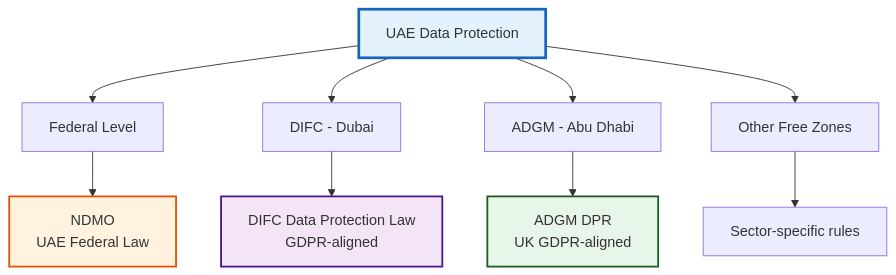
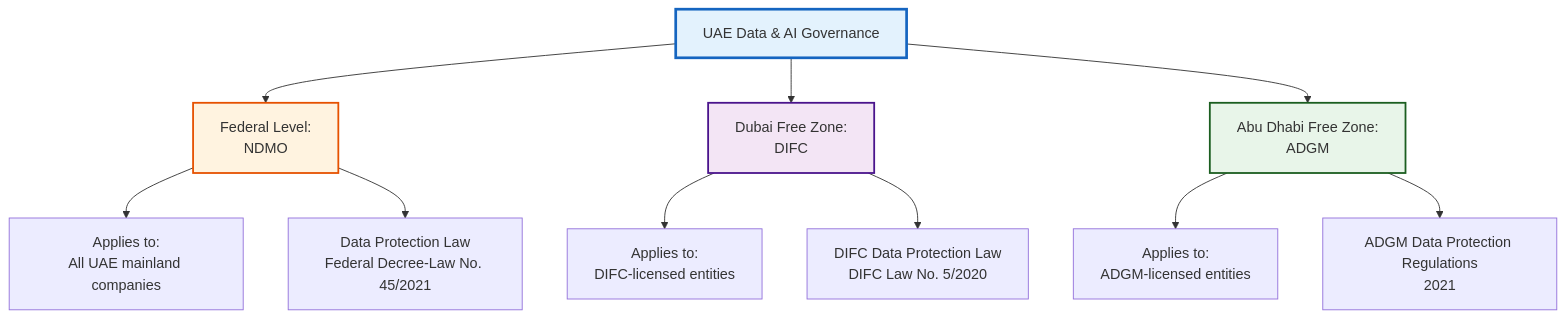
Before and after one commit to ArjunFrancis/ComplyGuard-AI: the diagram in docs/uae-regulatory-framework.md, drawn with Mermaid. The commit also changed other lines of this file, not shown here.

Commit message:
docs: Add UAE regulatory framework for regional compliance coverage

````diff
--- a/docs/uae-regulatory-framework.md
+++ b/docs/uae-regulatory-framework.md
@@ -32,17 +32,19 @@
 ```mermaid
 graph TB
-    A[UAE Data Protection] --> B[Federal Level]
-    A --> C[DIFC - Dubai]
-    A --> D[ADGM - Abu Dhabi]
-    A --> E[Other Free Zones]
+    A[UAE Data & AI Governance] --> B[Federal Level:<br/>NDMO]
+    A --> C[Dubai Free Zone:<br/>DIFC]
+    A --> D[Abu Dhabi Free Zone:<br/>ADGM]
     
-    B --> F[NDMO<br/>UAE Federal Law]
-    C --> G[DIFC Data Protection Law<br/>GDPR-aligned]
-    D --> H[ADGM DPR<br/>UK GDPR-aligned]
-    E --> I[Sector-specific rules]
+    B --> E[Applies to:<br/>All UAE mainland companies]
+    C --> F[Applies to:<br/>DIFC-licensed entities]
+    D --> G[Applies to:<br/>ADGM-licensed entities]
+    
+    B --> H[Data Protection Law<br/>Federal Decree-Law No. 45/2021]
+    C --> I[DIFC Data Protection Law<br/>DIFC Law No. 5/2020]
+    D --> J[ADGM Data Protection Regulations<br/>2021]
     
     style A fill:#e3f2fd,stroke:#1565c0,stroke-width:3px
-    style F fill:#fff3e0,stroke:#e65100,stroke-width:2px
-    style G fill:#f3e5f5,stroke:#4a148c,stroke-width:2px
-    style H fill:#e8f5e9,stroke:#1b5e20,stroke-width:2px
+    style B fill:#fff3e0,stroke:#e65100,stroke-width:2px
+    style C fill:#f3e5f5,stroke:#4a148c,stroke-width:2px
+    style D fill:#e8f5e9,stroke:#1b5e20,stroke-width:2px
 ```
````
